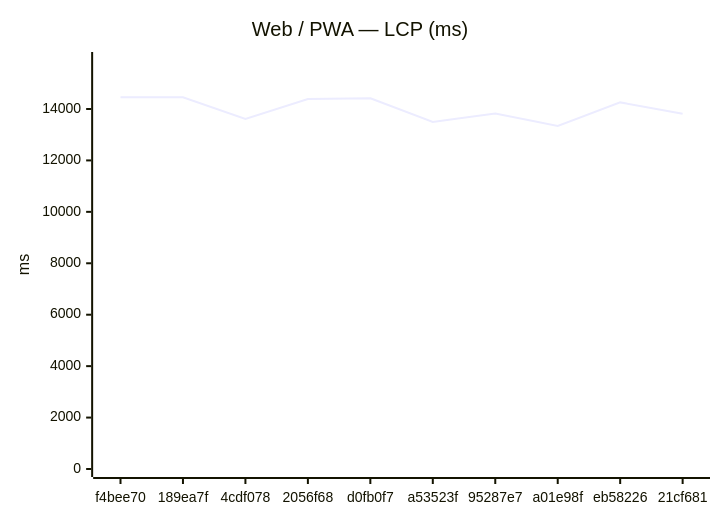
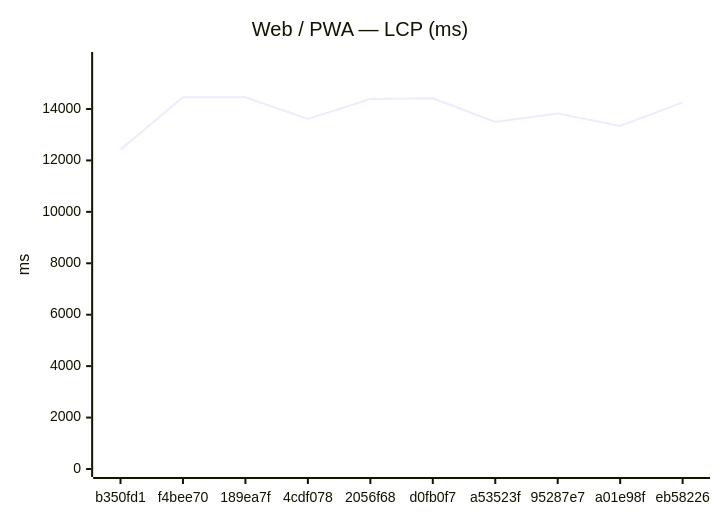
Before and after one commit to Metaheurist/Rianell: the first of 18 diagrams in benchmarks/compare.md, drawn with Mermaid. The commit also changed other lines of this file and 11 other files, not shown here.

````diff
--- a/benchmarks/compare.md
+++ b/benchmarks/compare.md
@@ -24,7 +24,7 @@
 ```mermaid
 xychart-beta
     title "Web / PWA — LCP (ms)"
-    x-axis ["f4bee70", "189ea7f", "4cdf078", "2056f68", "d0fb0f7", "a53523f", "95287e7", "a01e98f", "eb58226", "21cf681"]
+    x-axis ["b350fd1", "f4bee70", "189ea7f", "4cdf078", "2056f68", "d0fb0f7", "a53523f", "95287e7", "a01e98f", "eb58226"]
     y-axis "ms" 0 --> 15905
-    line [14457, 14459, 13617, 14386, 14419, 13497, 13828, 13339, 14256, 13811]
+    line [12420, 14457, 14459, 13617, 14386, 14419, 13497, 13828, 13339, 14256]
 ```
````
